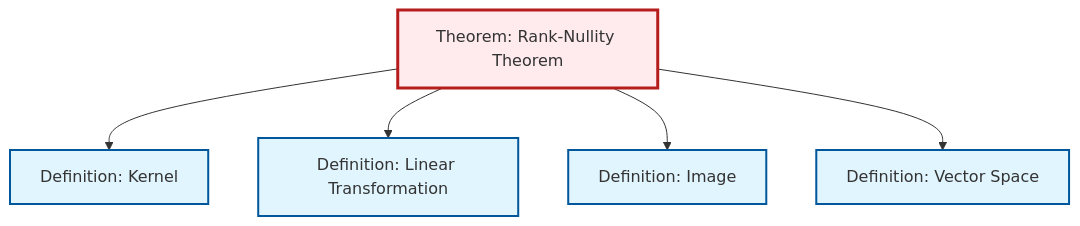
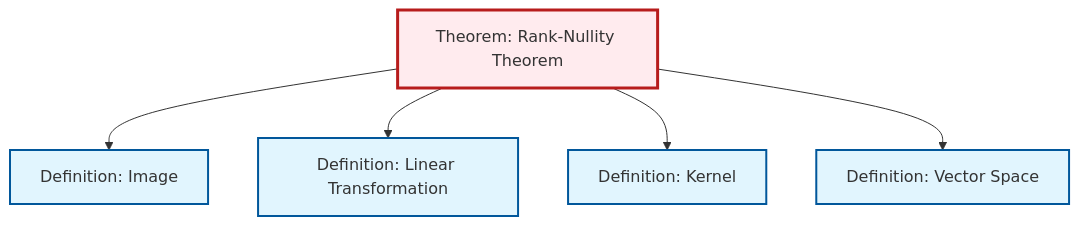
One commit to RK0429/ModernMath changed the diagram in content/en/algebra/thm-rank-nullity.qmd. Above: the diagram before and after it, drawn with Mermaid. The commit also changed other lines of this file and 434 other files, not shown here.

````diff
--- a/content/en/algebra/thm-rank-nullity.qmd
+++ b/content/en/algebra/thm-rank-nullity.qmd
@@ -55,23 +55,23 @@
 ```{mermaid}
 %%| fig-cap: "Local dependency graph"
 graph TD
     classDef definition fill:#e1f5fe,stroke:#01579b,stroke-width:2px
     classDef theorem fill:#f3e5f5,stroke:#4a148c,stroke-width:2px
     classDef axiom fill:#fff3e0,stroke:#e65100,stroke-width:2px
     classDef example fill:#e8f5e9,stroke:#1b5e20,stroke-width:2px
     classDef current fill:#ffebee,stroke:#b71c1c,stroke-width:3px
+    def-linear-transformation["Definition: Linear Transformation"]:::definition
     def-kernel["Definition: Kernel"]:::definition
+    def-image["Definition: Image"]:::definition
+    thm-rank-nullity["Theorem: Rank-Nullity Theorem"]:::theorem
     def-vector-space["Definition: Vector Space"]:::definition
-    thm-rank-nullity["Theorem: Rank-Nullity Theorem"]:::theorem
-    def-image["Definition: Image"]:::definition
-    def-linear-transformation["Definition: Linear Transformation"]:::definition
+    thm-rank-nullity --> def-image
+    thm-rank-nullity --> def-linear-transformation
     thm-rank-nullity --> def-kernel
-    thm-rank-nullity --> def-linear-transformation
-    thm-rank-nullity --> def-image
     thm-rank-nullity --> def-vector-space
     class thm-rank-nullity current
+    click def-linear-transformation "def-linear-transformation.html" "Go to Linear Transformation definition"
     click def-kernel "def-kernel.html" "Go to Kernel definition"
+    click def-image "def-image.html" "Go to Image definition"
     click def-vector-space "def-vector-space.html" "Go to Vector Space definition"
-    click def-image "def-image.html" "Go to Image definition"
-    click def-linear-transformation "def-linear-transformation.html" "Go to Linear Transformation definition"
 ```
````
